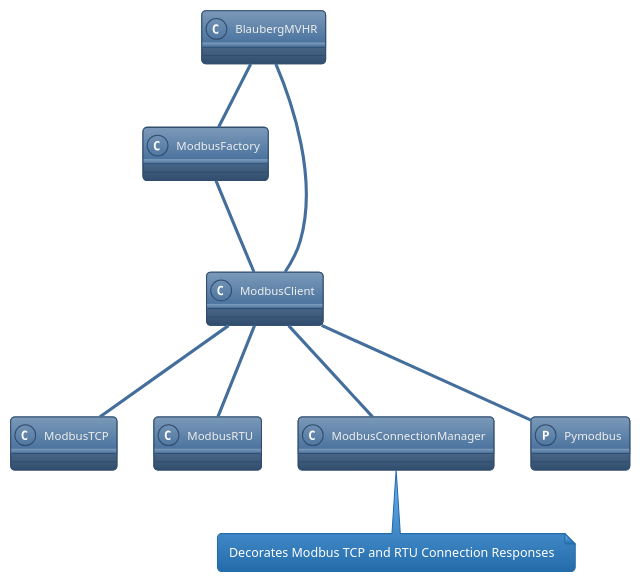
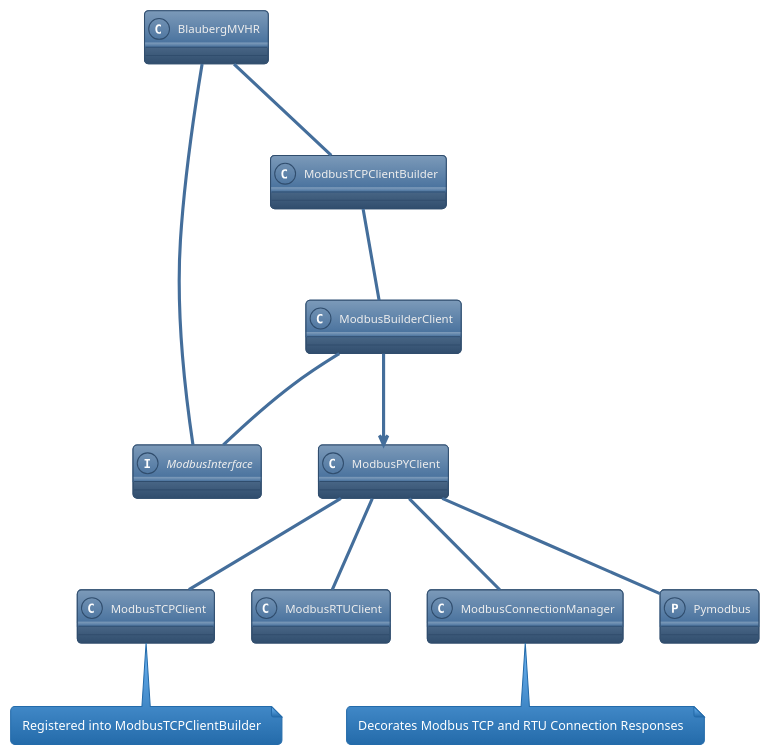
The diagram in designs/Modbus Design.puml (OODesigns/universal-control-hub), drawn with PlantUML before and after one commit. The commit also changed 20 other files, not shown here.

```diff
--- a/designs/Modbus Design.puml
+++ b/designs/Modbus Design.puml
@@ -1,24 +1,34 @@
 @startuml
 'https://plantuml.com/class-diagram
 !theme spacelab
 
-class ModbusFactory{}
+interface ModbusInterface{}
+class ModbusBuilderClient{}
+class ModbusTCPClientBuilder{}
 class BlaubergMVHR{}
-class ModbusClient{}
-class ModbusTCP{}
-class ModbusRTU{}
+class ModbusPYClient{}
+class ModbusTCPClient{}
+note bottom
+ Registered into ModbusTCPClientBuilder
+end note
+class ModbusRTUClient{}
 class ModbusConnectionManager
 note bottom
  Decorates Modbus TCP and RTU Connection Responses
 end note
 protocol Pymodbus{}
 
-BlaubergMVHR  --  ModbusFactory
-BlaubergMVHR  --  ModbusClient
-ModbusFactory  --  ModbusClient: creates
-ModbusClient -- ModbusTCP
-ModbusClient -- ModbusRTU
-ModbusClient -- Pymodbus: uses this library
-ModbusClient -- ModbusConnectionManager
+BlaubergMVHR  --  ModbusTCPClientBuilder: creates the ModbusInterface using
+BlaubergMVHR  --  ModbusInterface: interacts with modbus using
+ModbusTCPClientBuilder -- ModbusBuilderClient : builds the registered TCP client
+ModbusPYClient -- ModbusTCPClient
+ModbusPYClient -- ModbusRTUClient
+ModbusPYClient -- Pymodbus: uses this library
+ModbusPYClient -- ModbusConnectionManager
+
+
+
+ModbusBuilderClient -- ModbusInterface: implements
+ModbusBuilderClient --> ModbusPYClient
 
 @enduml
```
